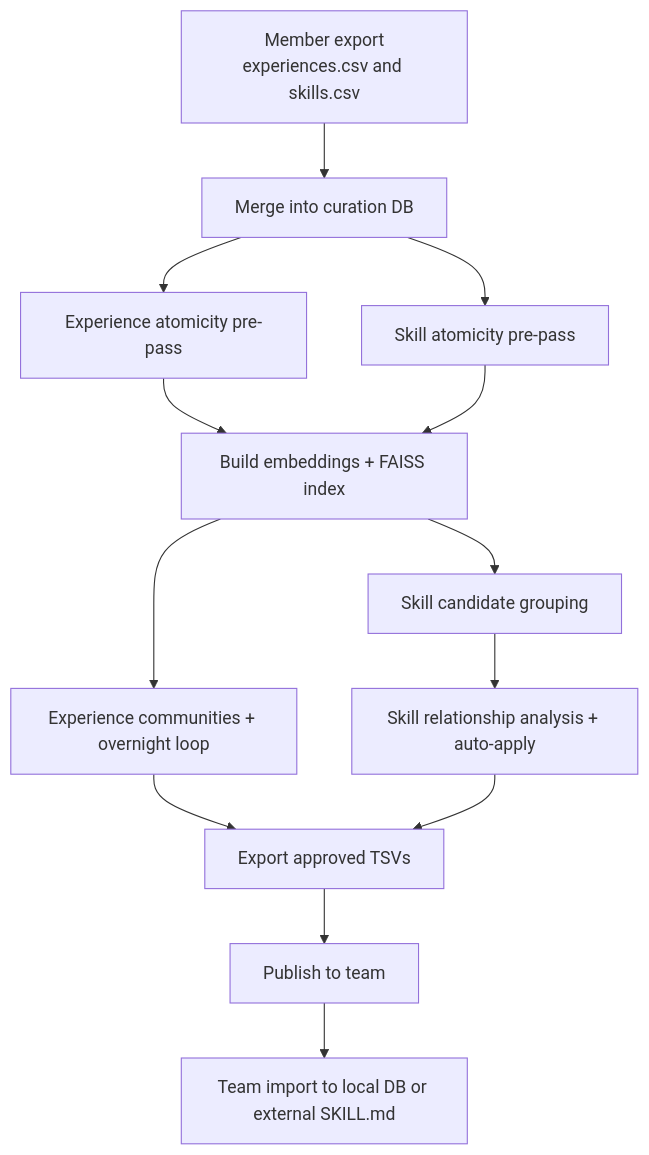
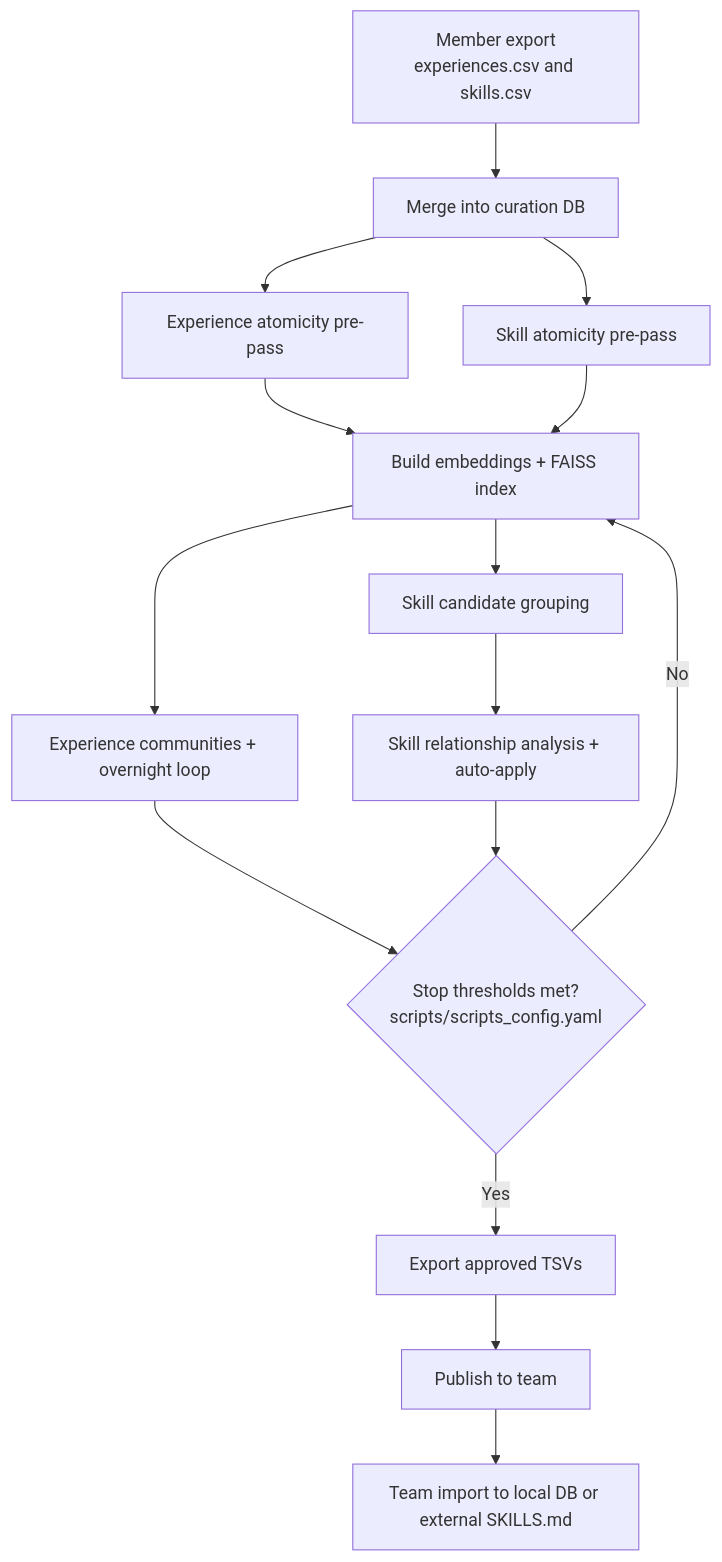
One commit to tyouritsugun/curated-heuristic-loop changed the diagram in doc/curation_spec.md. Above: the diagram before and after it, drawn with Mermaid. The commit also changed other lines of this file and 17 other files, not shown here.

````diff
--- a/doc/curation_spec.md
+++ b/doc/curation_spec.md
@@ -5,15 +5,17 @@
 ```mermaid
 flowchart TD
   A[Member export<br/>experiences.csv and skills.csv] --> B[Merge into curation DB]
   B --> C1[Experience atomicity pre-pass]
   B --> C2[Skill atomicity pre-pass]
   C1 --> D[Build embeddings + FAISS index]
   C2 --> D
   D --> E1[Experience communities + overnight loop]
   D --> E2[Skill candidate grouping]
   E2 --> F2[Skill relationship analysis + auto-apply]
-  E1 --> G[Export approved TSVs]
-  F2 --> G
+  E1 --> L{Stop thresholds met?<br/>scripts/scripts_config.yaml}
+  F2 --> L
+  L -->|No| D
+  L -->|Yes| G[Export approved TSVs]
   G --> H[Publish to team]
-  H --> I[Team import to local DB or external SKILL.md]
+  H --> I[Team import to local DB or external SKILLS.md]
 ```
````
